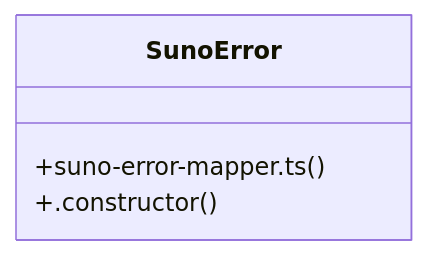
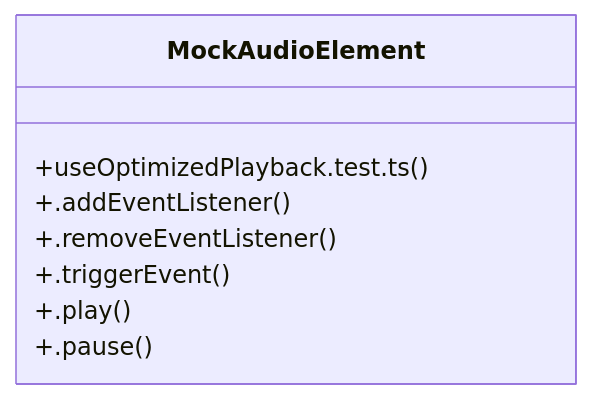
One commit to HOW2AI-AGENCY/aimusicverse changed the diagram in graphify-out/wiki/Accessibility_and_Rhythm.md. Above: the diagram before and after it, drawn with Mermaid. The commit also changed other lines of this file and 615 other files, not shown here.

Commit message:
chore(graphify): fix explain crash + regen graph.json

````diff
--- a/graphify-out/wiki/Accessibility_and_Rhythm.md
+++ b/graphify-out/wiki/Accessibility_and_Rhythm.md
@@ -36,7 +36,11 @@
 ```mermaid
 classDiagram
-    class SunoError {
-        +suno-error-mapper.ts()
-        +.constructor()
+    class MockAudioElement {
+        +useOptimizedPlayback.test.ts()
+        +.addEventListener()
+        +.removeEventListener()
+        +.triggerEvent()
+        +.play()
+        +.pause()
     }
 ```
````
